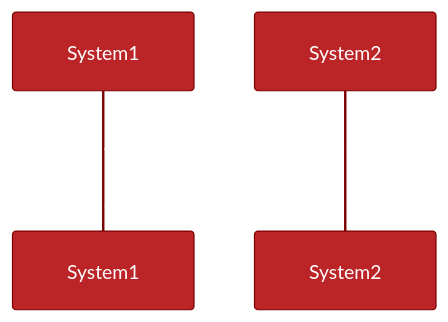
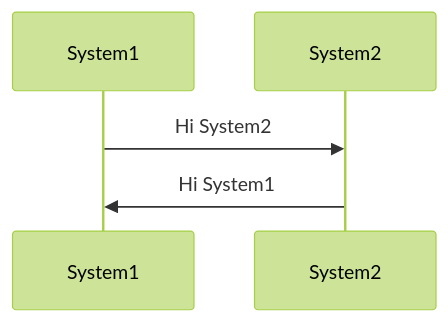
The first of 2 diagrams in 2-SEQUENCE.md (ShareMyWebStuff/mermaid-presentation), drawn with Mermaid before and after one commit.

Commit message:
Added seperate files for different charts.

````diff
--- a/2-SEQUENCE.md
+++ b/2-SEQUENCE.md
@@ -38,21 +38,11 @@
 ```mermaid
-%%{
-  init: {
-    'theme': 'base',
-    'themeVariables': {
-      'primaryColor': '#BB2528',
-      'primaryTextColor': '#fff',
-      'primaryBorderColor': '#7C0000',
-      'lineColor': '#F8B229',
-      'secondaryColor': '#006100',
-      'tertiaryColor': '#444',
-      'background': '#111'
-    }
-  }
-}%%
+%%{init: {'theme': 'dark', 'themeCSS': '{background-color: black}'}}%%
+%%{init: {'theme': 'forest'}}%%
+%%{init: {"flowchart": {"defaultRenderer": "elk"}} }%%
+
 sequenceDiagram
     participant System1
     participant System2
     System1->>System2: Hi System2
     System2->>System1: Hi System1
 ```
````
